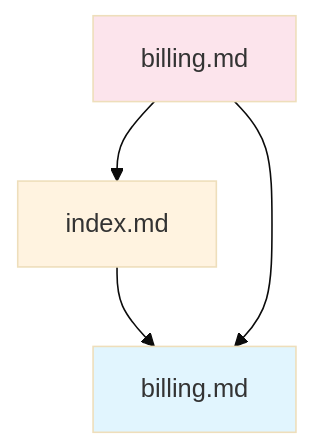
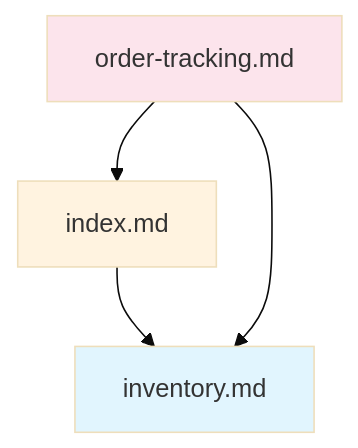
The diagram in plugins/spec-core/agents/dependency-analyzer.md (dean0x/spec-cli), drawn with Mermaid (base theme) before and after one commit. The commit also changed other lines of this file and 14 other files, not shown here.

````diff
--- a/plugins/spec-core/agents/dependency-analyzer.md
+++ b/plugins/spec-core/agents/dependency-analyzer.md
@@ -130,14 +130,14 @@
 ```mermaid
 graph TD
-  billing_schema["billing.md"]
-  billing_domain["index.md"]
-  billing_feature["billing.md"]
+  inventory_schema["inventory.md"]
+  inventory_domain["index.md"]
+  order_tracking["order-tracking.md"]
 
-  billing_domain --> billing_schema
-  billing_feature --> billing_domain
-  billing_feature --> billing_schema
+  inventory_domain --> inventory_schema
+  order_tracking --> inventory_domain
+  order_tracking --> inventory_schema
 
-  style billing_schema fill:#e1f5fe
-  style billing_domain fill:#fff3e0
-  style billing_feature fill:#fce4ec
+  style inventory_schema fill:#e1f5fe
+  style inventory_domain fill:#fff3e0
+  style order_tracking fill:#fce4ec
 ```
````
